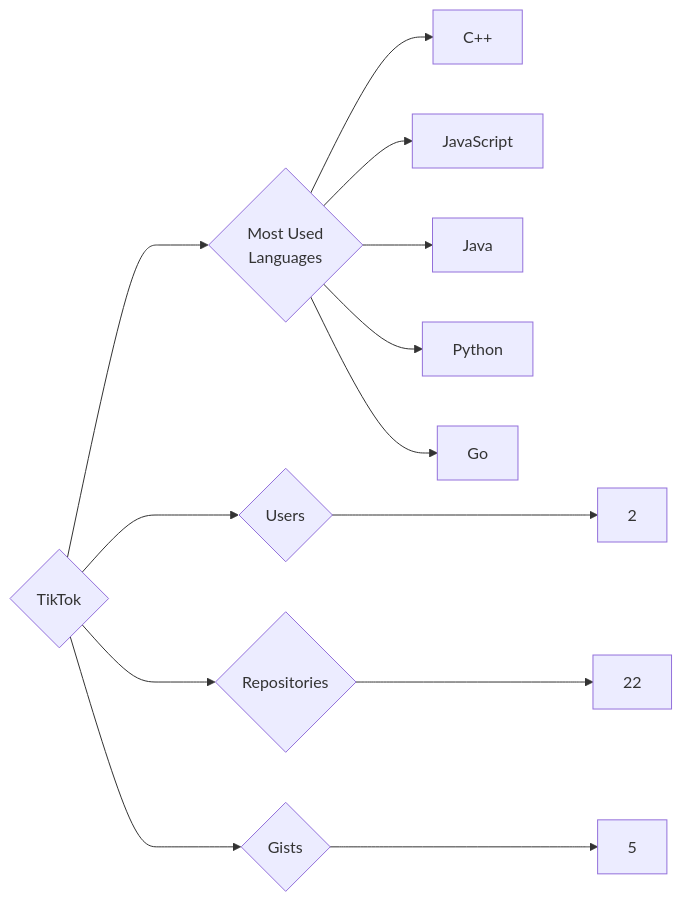
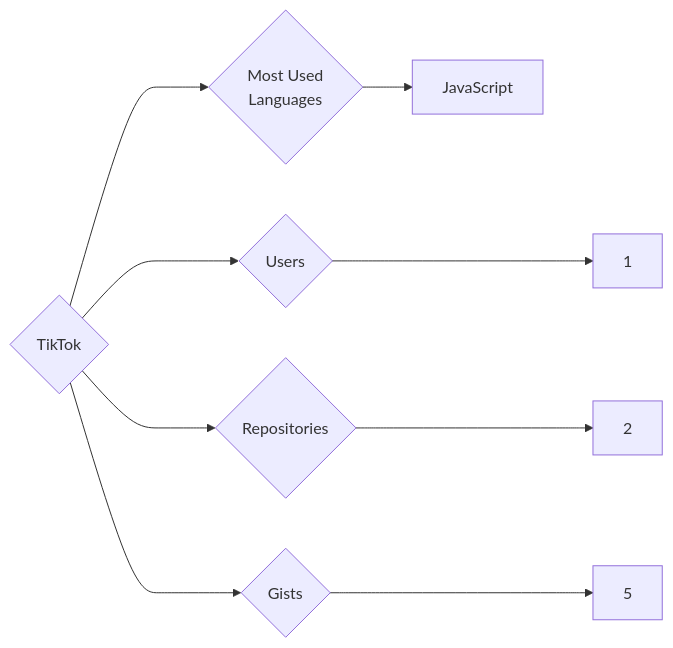
The diagram in targets/TikTok/README.md (trickest/insiders), drawn with Mermaid before and after one commit. The commit also changed 682 other files, not shown here.

````diff
--- a/targets/TikTok/README.md
+++ b/targets/TikTok/README.md
@@ -3,13 +3,9 @@
 ```mermaid
 graph LR
 COMPANY_NAME{TikTok}
-COMPANY_NAME ---> U{Users} ---> UN[2]
-COMPANY_NAME ---> R{Repositories} ---> RN[22]
+COMPANY_NAME ---> U{Users} ---> UN[1]
+COMPANY_NAME ---> R{Repositories} ---> RN[2]
 COMPANY_NAME ---> G{Gists} ---> GN[5]
 COMPANY_NAME ---> ML{Most Used<br>Languages}
-ML --> C++[C++]
 ML --> JavaScript[JavaScript]
-ML --> Java[Java]
-ML --> Python[Python]
-ML --> Go[Go]
 ```
````
